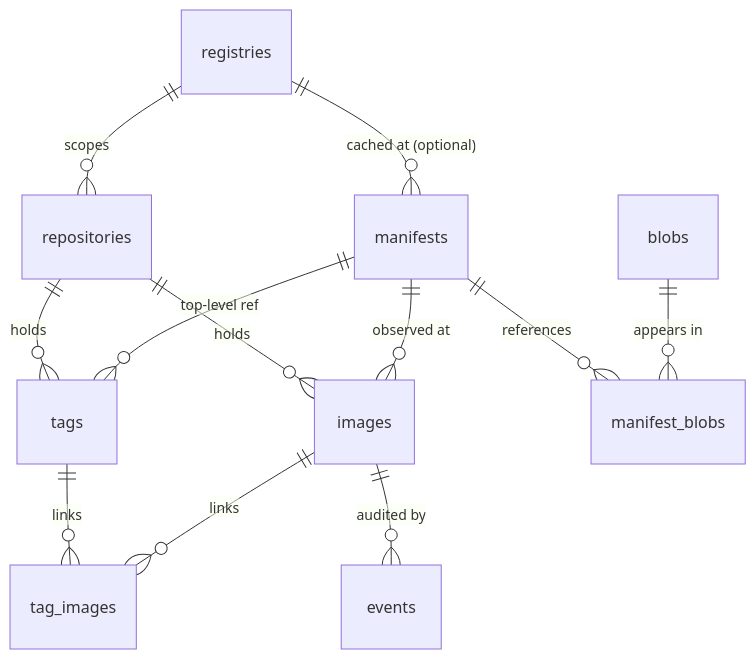
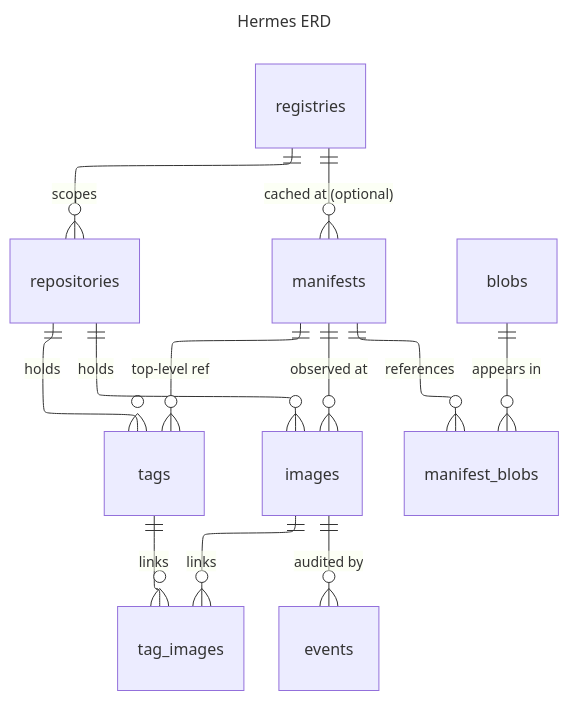
The third of 3 diagrams in README.md (LeShaunJ/hermes), drawn with Mermaid before and after one commit. The commit also changed 4 other files, not shown here.

````diff
--- a/README.md
+++ b/README.md
@@ -567,14 +536,19 @@
 ```mermaid
+---
+title: Hermes ERD
+config:
+  layout: elk
+---
 erDiagram
   registries      ||--o{ repositories    : "scopes"
   repositories    ||--o{ tags            : "holds"
   repositories    ||--o{ images          : "holds"
   manifests       ||--o{ tags            : "top-level ref"
   manifests       ||--o{ images          : "observed at"
   manifests       ||--o{ manifest_blobs  : "references"
   blobs           ||--o{ manifest_blobs  : "appears in"
   tags            ||--o{ tag_images      : "links"
   images          ||--o{ tag_images      : "links"
   images          ||--o{ events          : "audited by"
   registries      ||--o{ manifests       : "cached at (optional)"
 ```
````
